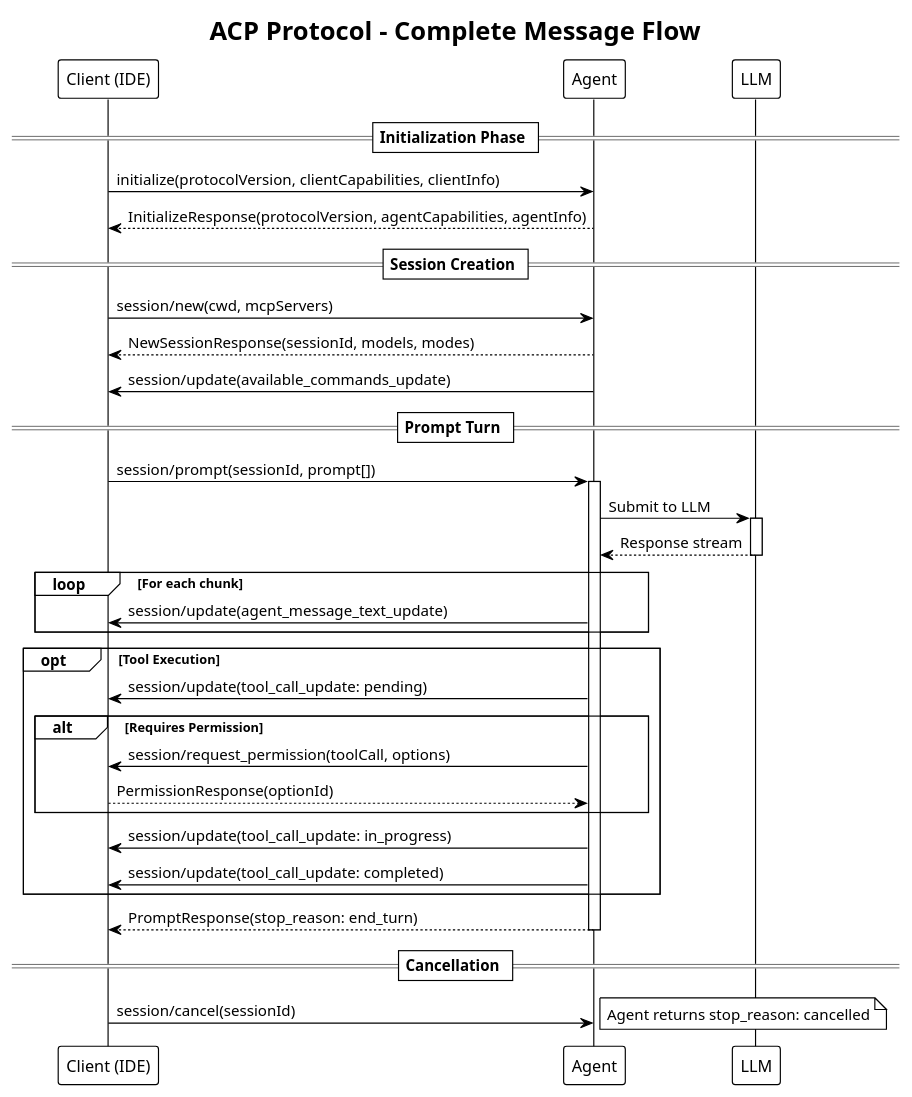
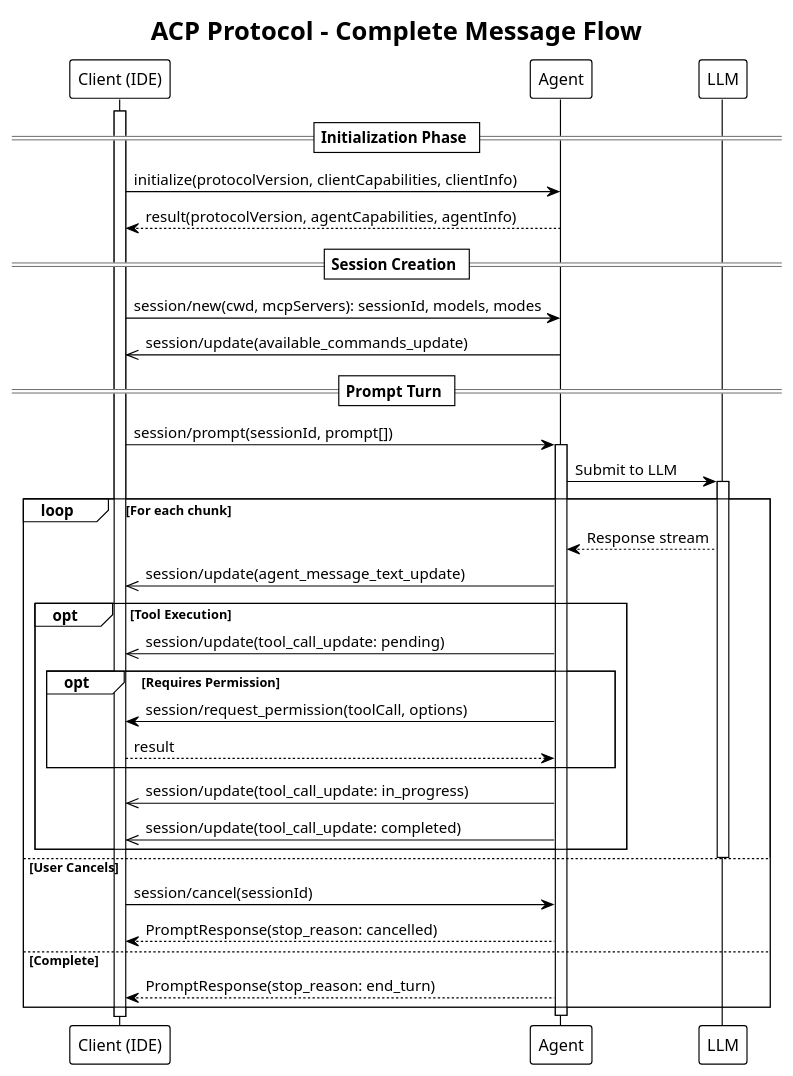
One commit to Oortonaut/ActiveContext changed the diagram in docs/diagrams/acp/02-message-flow.puml. Above: the diagram before and after it, drawn with PlantUML. The commit also changed 34 other files, not shown here.

```diff
--- a/docs/diagrams/acp/02-message-flow.puml
+++ b/docs/diagrams/acp/02-message-flow.puml
@@ -1,51 +1,49 @@
 @startuml ACP_Message_Flow
 !theme plain
 
 title ACP Protocol - Complete Message Flow
 
 participant "Client (IDE)" as C
 participant "Agent" as A
 participant "LLM" as L
 
 == Initialization Phase ==
+activate C
 C -> A : initialize(protocolVersion, clientCapabilities, clientInfo)
-A --> C : InitializeResponse(protocolVersion, agentCapabilities, agentInfo)
+A --> C : result(protocolVersion, agentCapabilities, agentInfo)
 
 == Session Creation ==
-C -> A : session/new(cwd, mcpServers)
-A --> C : NewSessionResponse(sessionId, models, modes)
-A -> C : session/update(available_commands_update)
+C -> A : session/new(cwd, mcpServers): sessionId, models, modes
+A ->> C : session/update(available_commands_update)
 
 == Prompt Turn ==
 C -> A : session/prompt(sessionId, prompt[])
 activate A
 
 A -> L : Submit to LLM
-activate L
-L --> A : Response stream
-deactivate L
 
 loop For each chunk
-  A -> C : session/update(agent_message_text_update)
+  activate L
+  L --> A : Response stream
+  A ->> C : session/update(agent_message_text_update)
+  opt Tool Execution
+    A ->> C : session/update(tool_call_update: pending)
+
+    opt Requires Permission
+      A -> C : session/request_permission(toolCall, options)
+      C --> A : result
+    end
+
+    A ->> C : session/update(tool_call_update: in_progress)
+    A ->> C : session/update(tool_call_update: completed)
+  end
+  deactivate L
+else User Cancels
+  C -> A : session/cancel(sessionId)
+  A --> C : PromptResponse(stop_reason: cancelled)
+else Complete
+  A --> C : PromptResponse(stop_reason: end_turn)
 end
-
-opt Tool Execution
-  A -> C : session/update(tool_call_update: pending)
-
-  alt Requires Permission
-    A -> C : session/request_permission(toolCall, options)
-    C --> A : PermissionResponse(optionId)
-  end
-
-  A -> C : session/update(tool_call_update: in_progress)
-  A -> C : session/update(tool_call_update: completed)
-end
-
-A --> C : PromptResponse(stop_reason: end_turn)
 deactivate A
 
-== Cancellation ==
-C -> A : session/cancel(sessionId)
-note right: Agent returns stop_reason: cancelled
-
 @enduml
```
